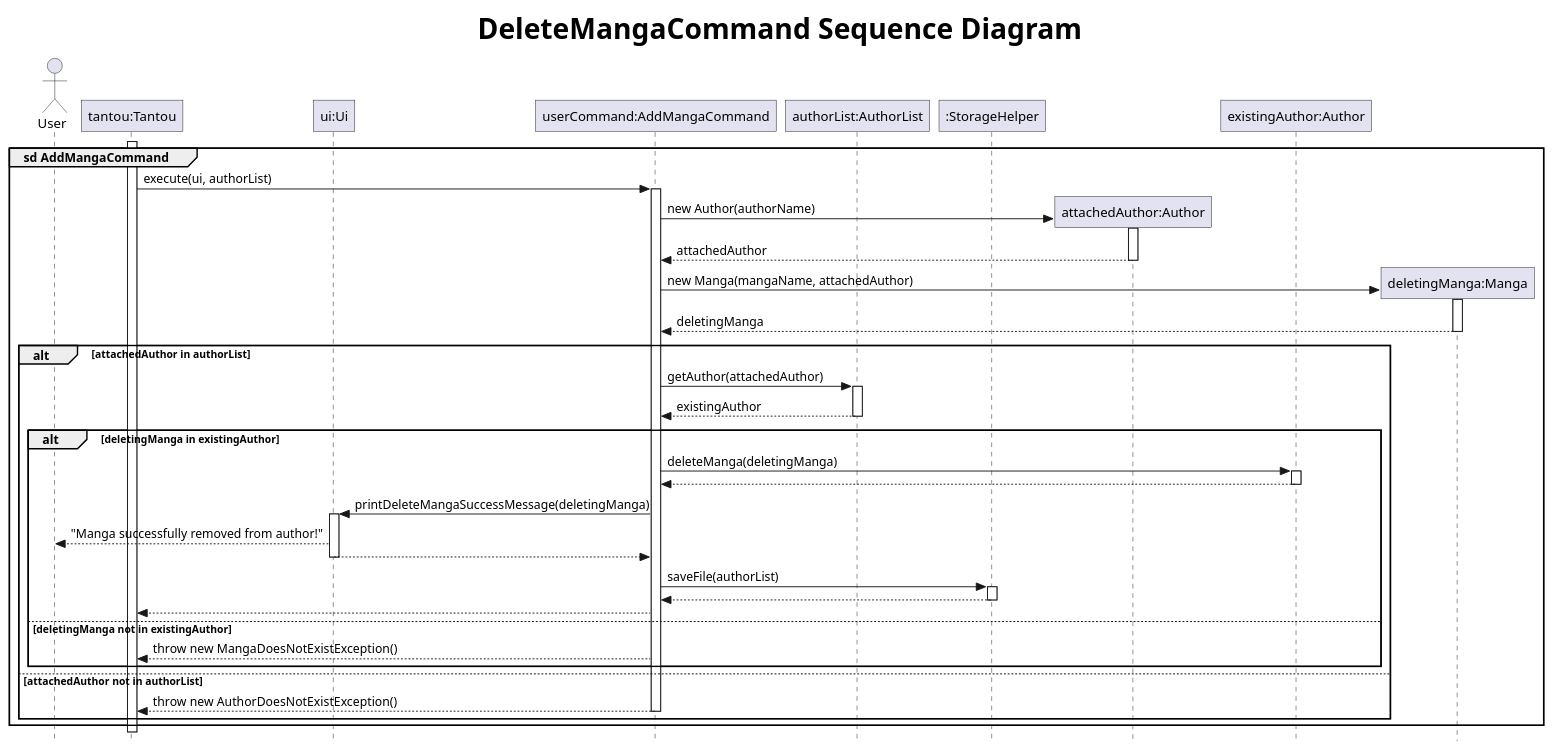
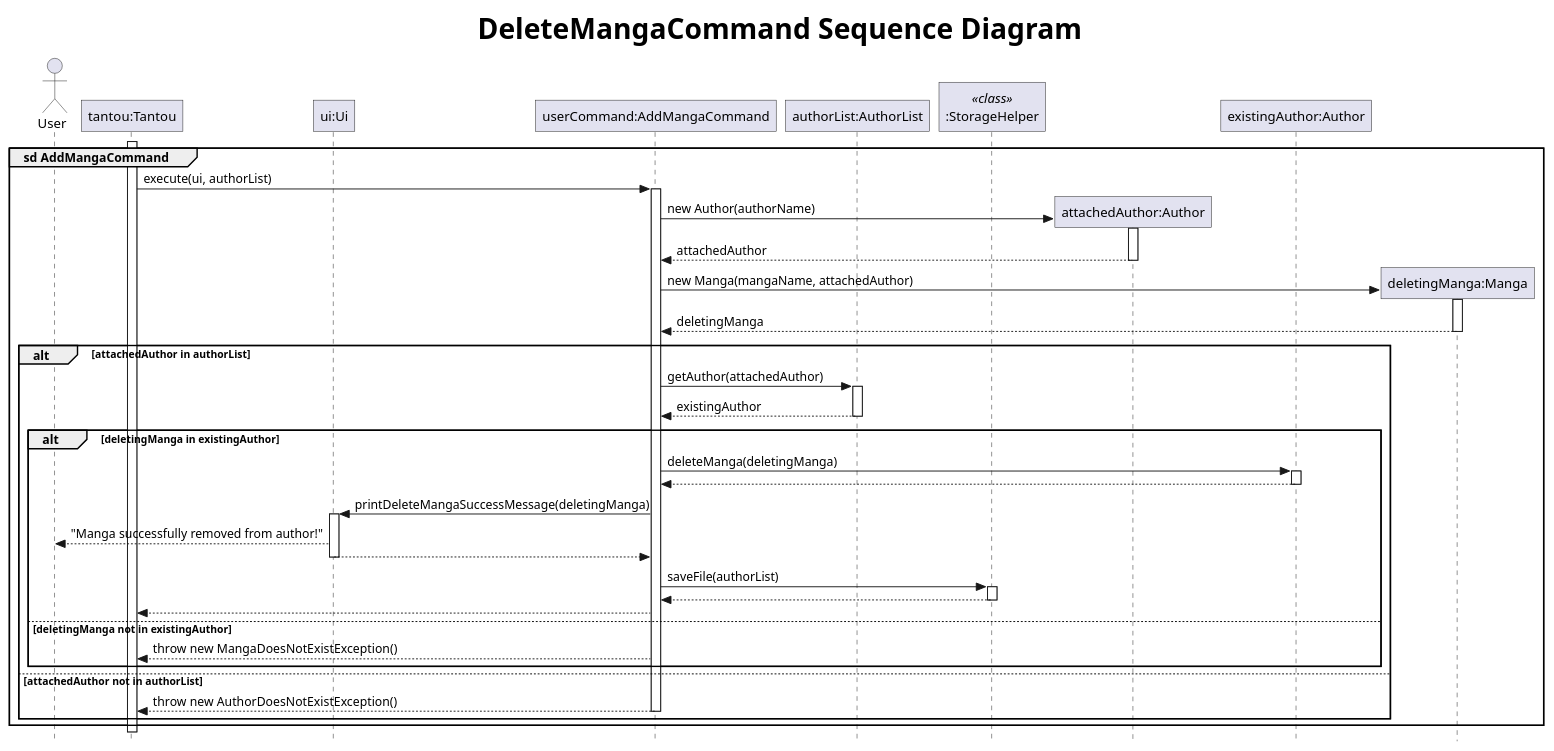
Before and after one commit to xenthm/tp: the diagram in docs/uml/puml/DeleteMangaSequence.puml, drawn with PlantUML. The commit also changed 1 other file, not shown here.

Commit message:
Update DeleteManga sequence diagram

```diff
--- a/docs/uml/puml/DeleteMangaSequence.puml
+++ b/docs/uml/puml/DeleteMangaSequence.puml
@@ -1,68 +1,68 @@
 @startuml
 autoactivate off
 title <size:30> DeleteMangaCommand Sequence Diagram
 hide footbox
 skinparam roundCorner 0
 skinparam style strictuml
 
 actor User
 participant "tantou:Tantou" as tantou
 participant "ui:Ui" as ui
 participant "userCommand:AddMangaCommand" as userCommand
 participant "authorList:AuthorList" as authorList
-participant ":StorageHelper" as storage
+participant ":StorageHelper" as storage <<class>>
 participant "attachedAuthor:Author" as author
 participant "existingAuthor:Author" as existingAuthor
 participant "deletingManga:Manga" as manga
 
 activate tantou
 group sd AddMangaCommand
 
     tantou -> userCommand : execute(ui, authorList)
     activate userCommand
 
     create author
     userCommand -> author : new Author(authorName)
     activate author
     author --> userCommand : attachedAuthor
     deactivate author
 
     create manga
     userCommand -> manga : new Manga(mangaName, attachedAuthor)
     activate manga
     manga --> userCommand : deletingManga
     deactivate manga
 
     alt attachedAuthor in authorList
         userCommand -> authorList : getAuthor(attachedAuthor)
         activate authorList
         authorList --> userCommand : existingAuthor
         deactivate authorList
         alt deletingManga in existingAuthor
             userCommand -> existingAuthor : deleteManga(deletingManga)
             activate existingAuthor
             existingAuthor --> userCommand
             deactivate existingAuthor
 
             userCommand -> ui : printDeleteMangaSuccessMessage(deletingManga)
             activate ui
             ui --> User : "Manga successfully removed from author!"
             ui --> userCommand
             deactivate ui
 
             userCommand -> storage : saveFile(authorList)
             activate storage
             storage --> userCommand
             deactivate storage
             userCommand --> tantou
         else deletingManga not in existingAuthor
             userCommand --> tantou : throw new MangaDoesNotExistException()
         end
     else attachedAuthor not in authorList
         userCommand --> tantou : throw new AuthorDoesNotExistException()
         deactivate userCommand
     end
 end
 deactivate tantou
 autoactivate on
 @enduml
```
